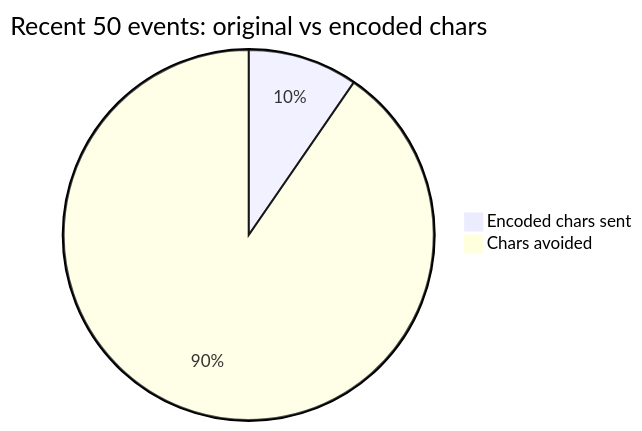
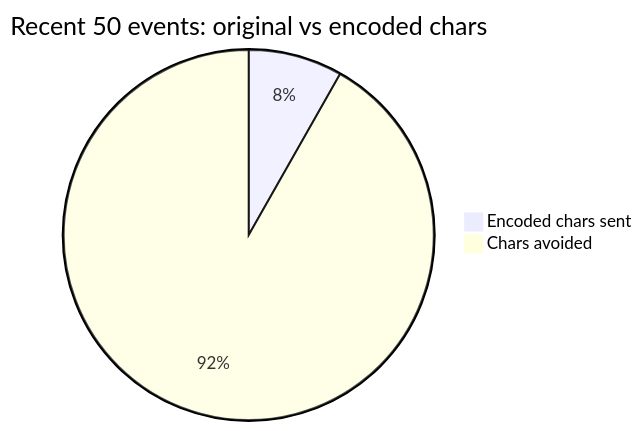
The tenth of 12 diagrams in HALLUCINATION_MITIGATION.md (icedmoca/neura), drawn with Mermaid before and after one commit. The commit also changed other lines of this file, not shown here.

````diff
--- a/HALLUCINATION_MITIGATION.md
+++ b/HALLUCINATION_MITIGATION.md
@@ -273,5 +280,5 @@
 ```mermaid
 pie title Recent 50 events: original vs encoded chars
-    "Encoded chars sent" : 3462697
-    "Chars avoided" : 32606900
+    "Encoded chars sent" : 1372721
+    "Chars avoided" : 15336645
 ```
````
